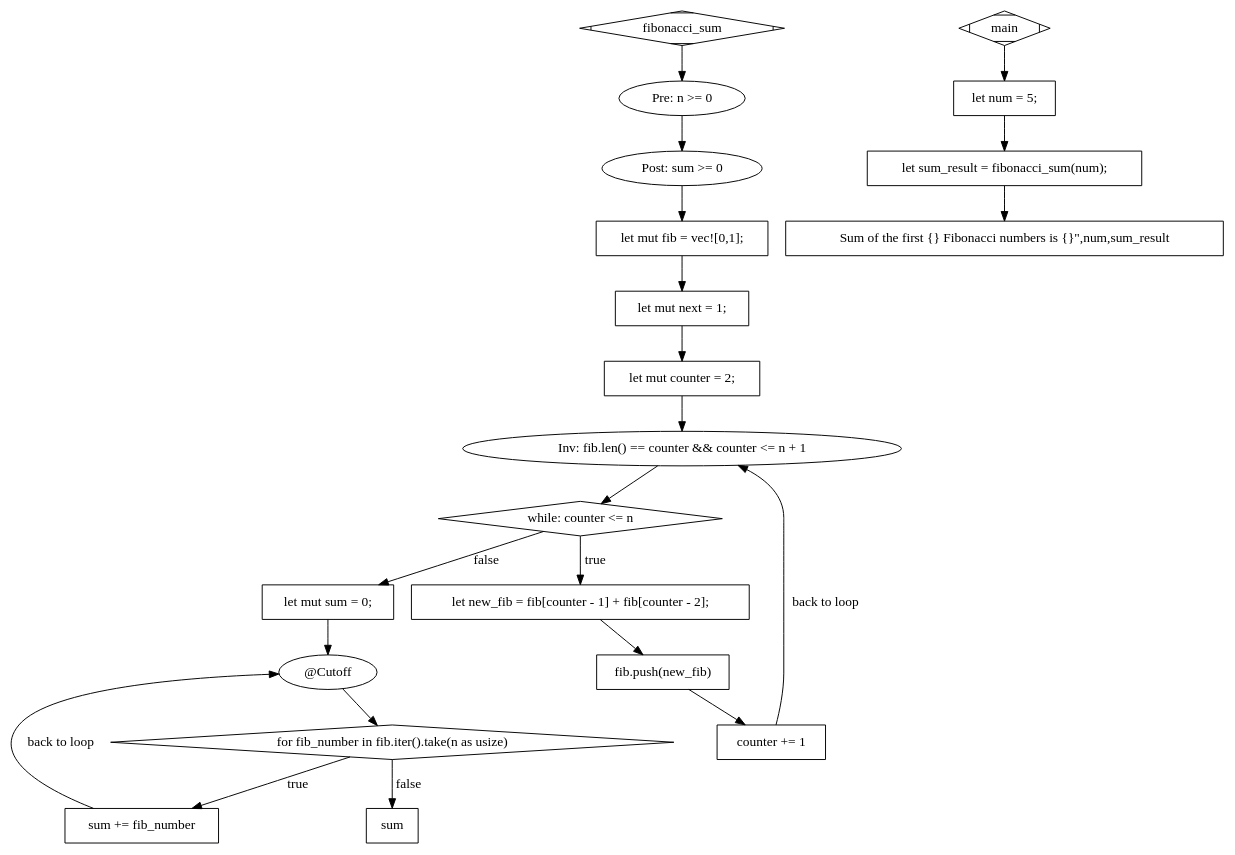
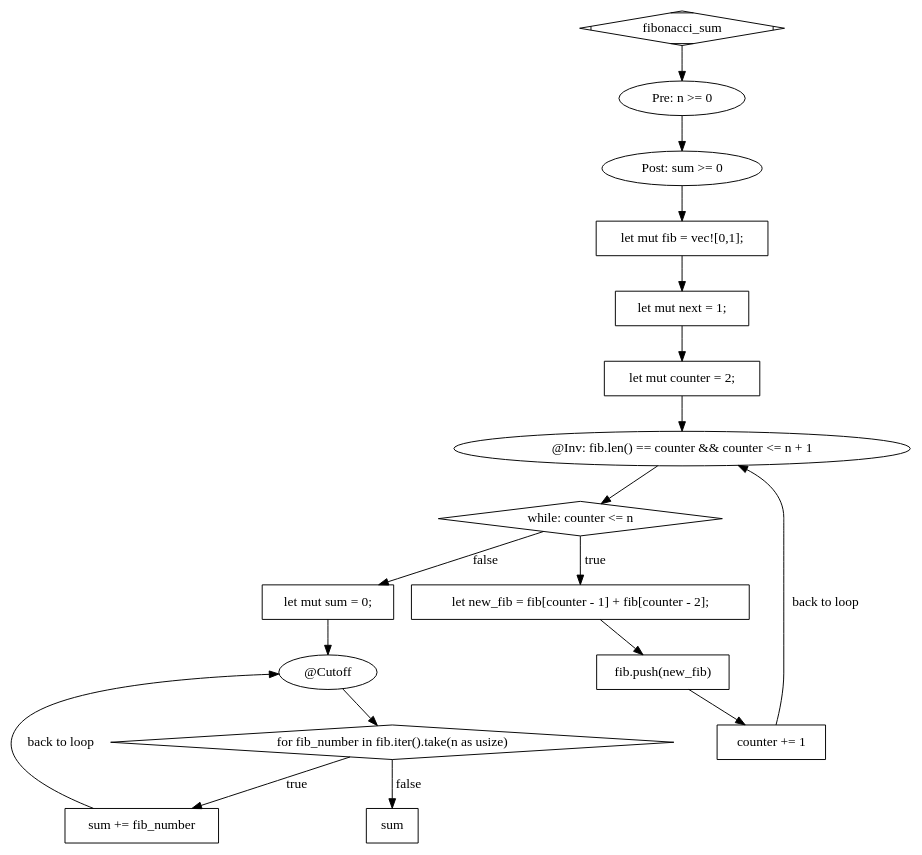
Before and after one commit to vasilevlaicu/secured-rust: the diagram in src/graphs/for.dot, drawn with Graphviz. The commit also changed 1 other file, not shown here.

Commit message:
Minor label update invariant node

```diff
--- a/src/graphs/for.dot
+++ b/src/graphs/for.dot
@@ -1,42 +1,35 @@
 digraph G {
 0 [label="fibonacci_sum", shape=Mdiamond]
 1 [label="Pre: n >= 0", shape=ellipse]
 2 [label="Post: sum >= 0", shape=ellipse]
 3 [label="let mut fib = vec![0,1];", shape=box]
 4 [label="let mut next = 1;", shape=box]
 5 [label="let mut counter = 2;", shape=box]
-6 [label="Inv: fib.len() == counter && counter <= n + 1", shape=ellipse]
+6 [label="@Inv: fib.len() == counter && counter <= n + 1", shape=ellipse]
 7 [label="while: counter <= n", shape=diamond]
 8 [label="let new_fib = fib[counter - 1] + fib[counter - 2];", shape=box]
 9 [label="fib.push(new_fib)", shape=box]
 10 [label="counter += 1", shape=box]
-11 [label="let sum_result = fibonacci_sum(num);", shape=box]
+11 [label="sum", shape=box]
 12 [label="let mut sum = 0;", shape=box]
 13 [label="@Cutoff ", shape=ellipse]
 14 [label="for fib_number in fib.iter().take(n as usize)", shape=diamond]
 15 [label="sum += fib_number", shape=box]
-16 [label="Sum of the first {} Fibonacci numbers is {}\",num,sum_result", shape=box]
-17 [label="sum", shape=box]
-18 [label="main", shape=Mdiamond]
-19 [label="let num = 5;", shape=box]
 0 -> 1 [label=""];
 1 -> 2 [label=""];
 2 -> 3 [label=""];
 3 -> 4 [label=""];
 4 -> 5 [label=""];
 5 -> 6 [label=""];
 6 -> 7 [label=""];
 7 -> 8 [label="true"];
 8 -> 9 [label=""];
 9 -> 10 [label=""];
 10 -> 6 [label="back to loop"];
-19 -> 11 [label=""];
+14 -> 11 [label="false"];
 7 -> 12 [label="false"];
 12 -> 13 [label=""];
 13 -> 14 [label=""];
 14 -> 15 [label="true"];
 15 -> 13 [label="back to loop"];
-11 -> 16 [label=""];
-14 -> 17 [label="false"];
-18 -> 19 [label=""];
 }
```
